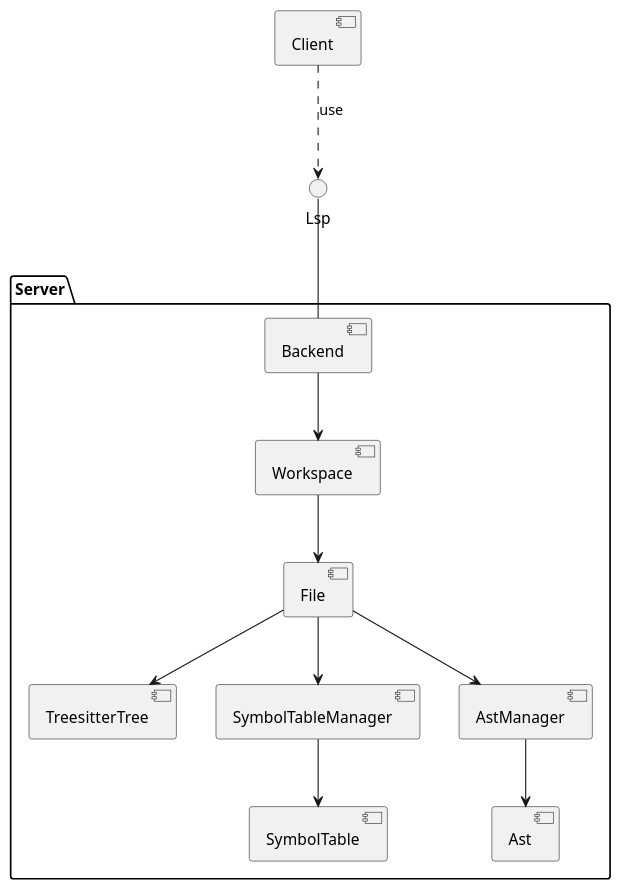
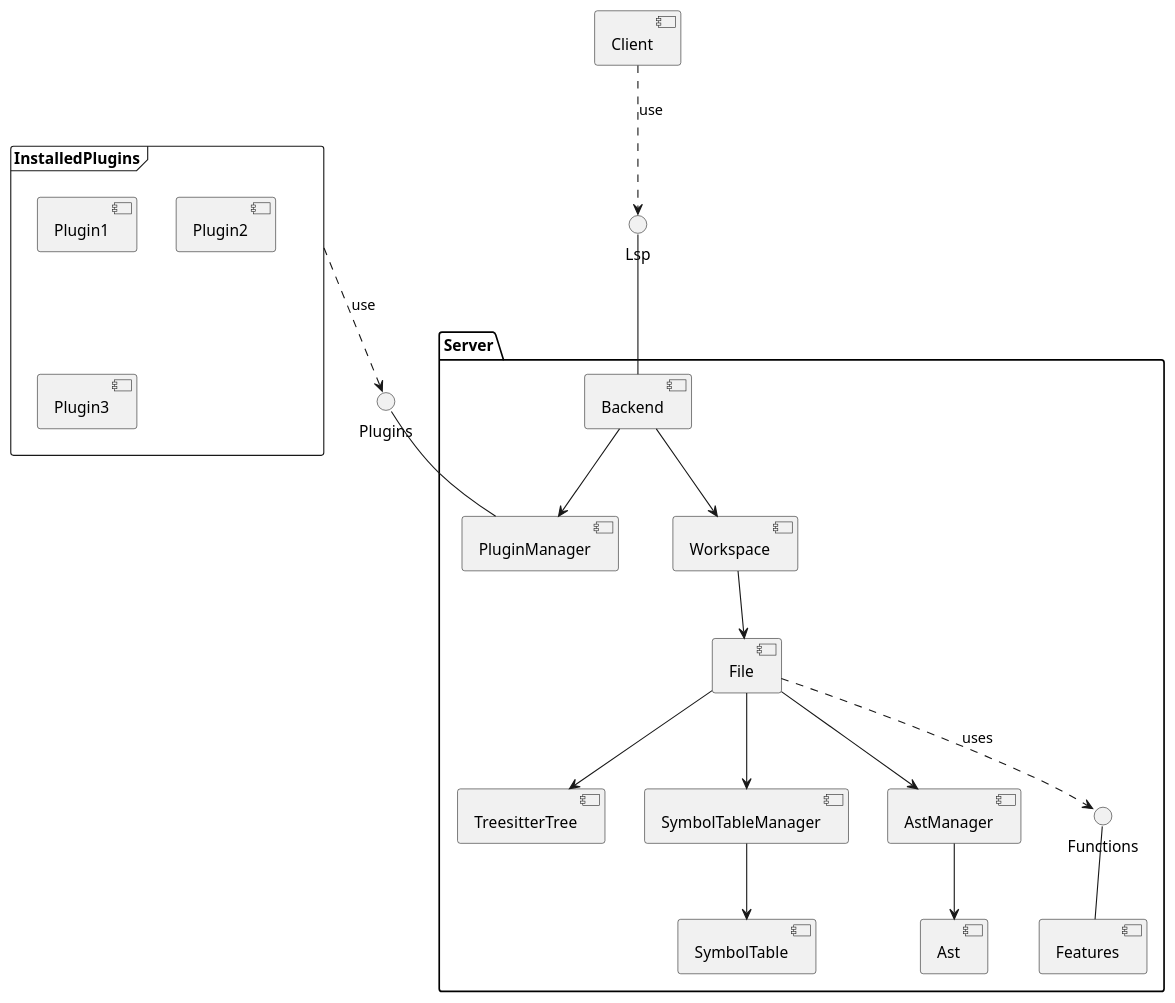
Before and after one commit to ace-design/p4-lsp: the diagram in docs/architecture/architecture.puml, drawn with PlantUML.

Commit message:
Update architecture diagram.

```diff
--- a/docs/architecture/architecture.puml
+++ b/docs/architecture/architecture.puml
@@ -1,28 +1,44 @@
 @startuml
 
 interface Lsp
+interface Plugins
 component Client
 
 package "Server" {
   component Backend
+  component PluginManager
   component Workspace
   component File
   component TreesitterTree
   component SymbolTableManager
   component AstManager
   component SymbolTable
   component Ast
+  component Features
+  interface Functions
 }
 
+frame "InstalledPlugins" {
+ component Plugin1
+ component Plugin2
+ component Plugin3
+}
+
+Plugins -- PluginManager 
 Lsp -- Backend 
 Client ..> Lsp : use
+InstalledPlugins ..> Plugins : use
 
 Backend --> Workspace
+Backend --> PluginManager 
 Workspace --> File 
 File --> TreesitterTree
 File --> SymbolTableManager
 SymbolTableManager --> SymbolTable
 AstManager --> Ast
 
 File --> AstManager 
+
+File ..> Functions : uses
+Functions -- Features
 @enduml
```
